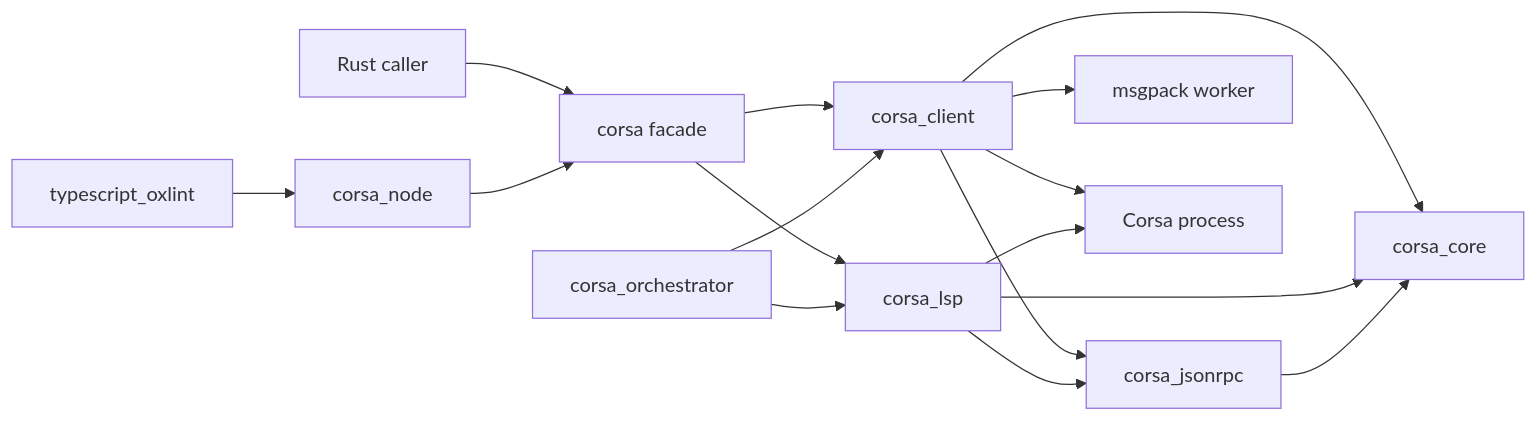
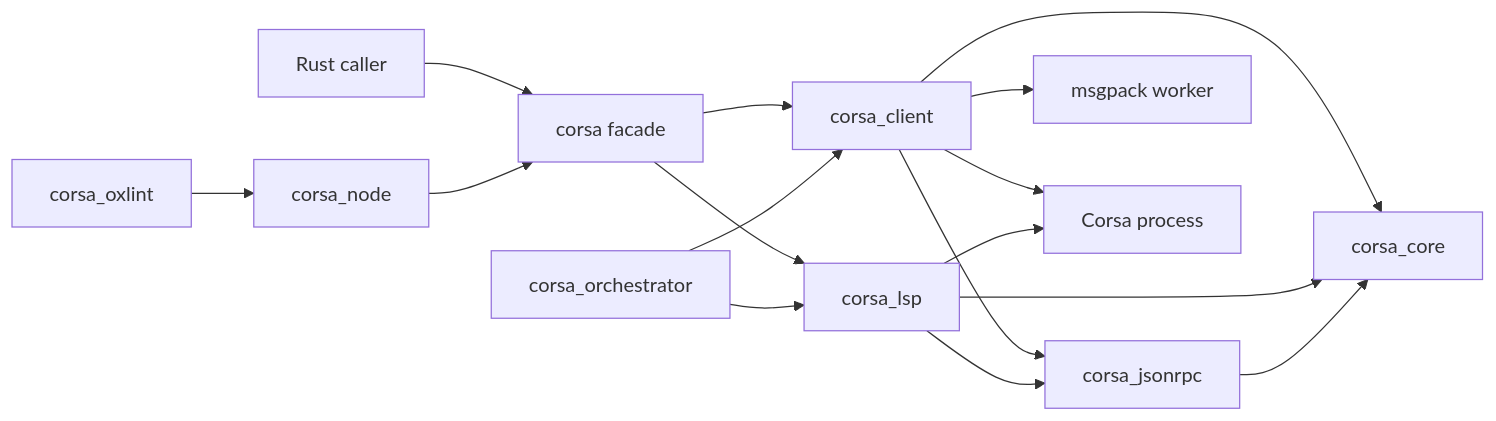
One commit to ubugeeei-prod/corsa-bind changed the diagram in docs/project_guide.md. Above: the diagram before and after it, drawn with Mermaid. The commit also changed other lines of this file and 254 other files, not shown here.

````diff
--- a/docs/project_guide.md
+++ b/docs/project_guide.md
@@ -89,18 +89,18 @@
 ```mermaid
 flowchart LR
     A["Rust caller"] --> B["corsa facade"]
     B --> C["corsa_client"]
     B --> D["corsa_lsp"]
     C --> E["corsa_jsonrpc"]
     C --> F["msgpack worker"]
     D --> E
     C --> G["corsa_core"]
     D --> G
     E --> G
     C --> H["Corsa process"]
     D --> H
     I["corsa_orchestrator"] --> C
     I --> D
     J["corsa_node"] --> B
-    K["typescript_oxlint"] --> J
+    K["corsa_oxlint"] --> J
 ```
````
